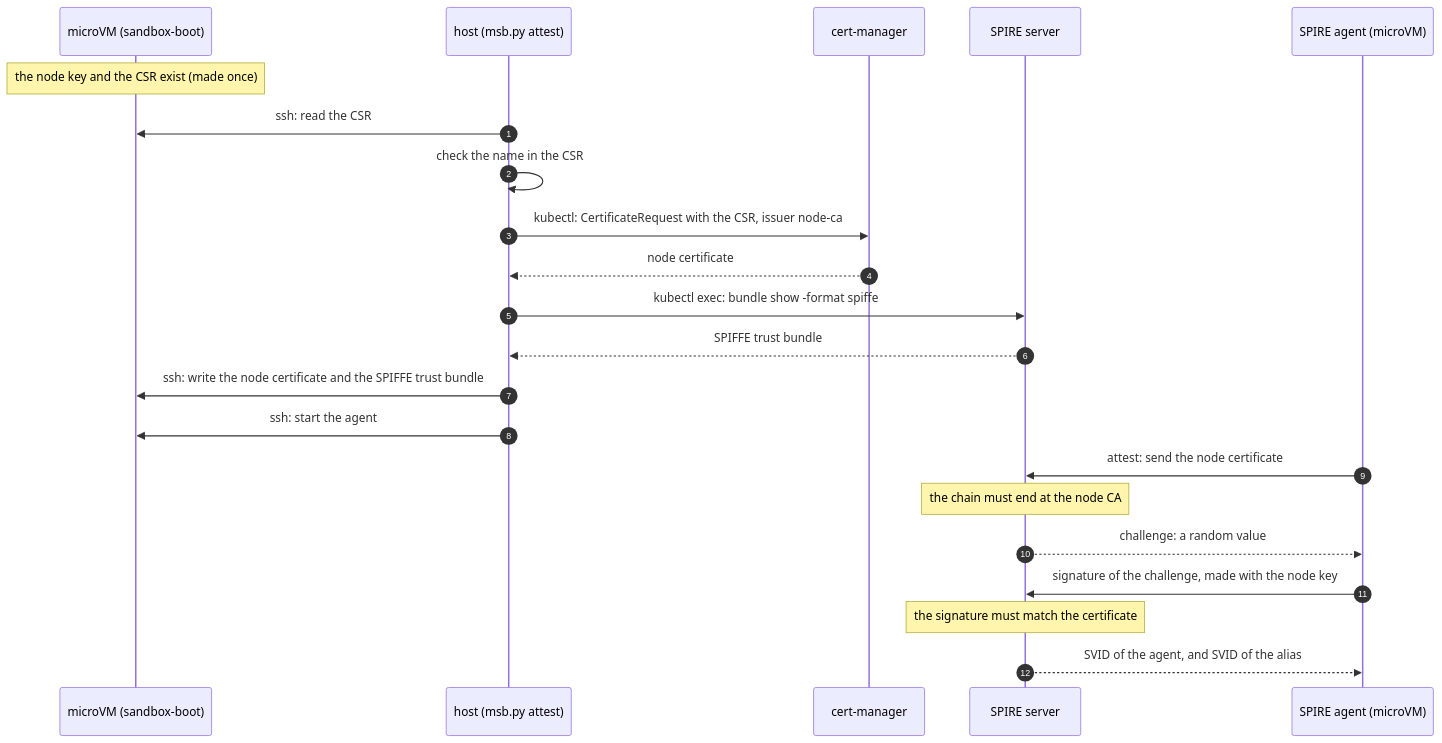
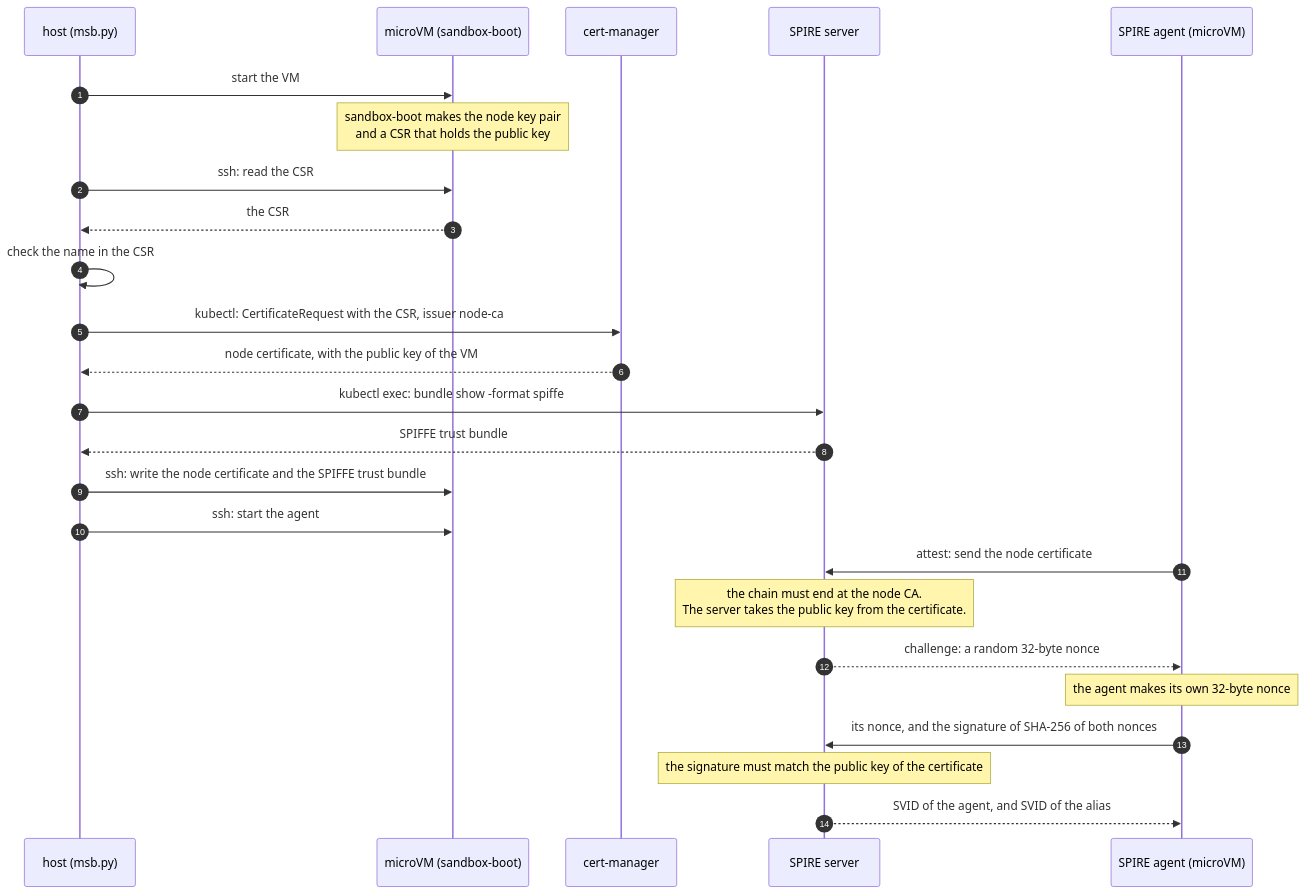
Before and after one commit to raghav19/engineersdaybook: the second of 3 diagrams in code/mcp-sandbox/part-3-mcp-guardrails/docs/zero-trust-node-attestation.md, drawn with Mermaid. The commit also changed other lines of this file and 6 other files, not shown here.

First line of the commit message:
docs: show the boot order and the two nonces in the x509pop flow

````diff
--- a/code/mcp-sandbox/part-3-mcp-guardrails/docs/zero-trust-node-attestation.md
+++ b/code/mcp-sandbox/part-3-mcp-guardrails/docs/zero-trust-node-attestation.md
@@ -78,25 +79,28 @@
 ```mermaid
 sequenceDiagram
     autonumber
+    participant H as host (msb.py)
     participant M as microVM (sandbox-boot)
-    participant H as host (msb.py attest)
     participant K as cert-manager
     participant S as SPIRE server
     participant A as SPIRE agent (microVM)
 
-    Note over M: the node key and the CSR exist (made once)
+    H->>M: start the VM
+    Note over M: sandbox-boot makes the node key pair<br/>and a CSR that holds the public key
     H->>M: ssh: read the CSR
+    M-->>H: the CSR
     H->>H: check the name in the CSR
     H->>K: kubectl: CertificateRequest with the CSR, issuer node-ca
-    K-->>H: node certificate
+    K-->>H: node certificate, with the public key of the VM
     H->>S: kubectl exec: bundle show -format spiffe
     S-->>H: SPIFFE trust bundle
     H->>M: ssh: write the node certificate and the SPIFFE trust bundle
     H->>M: ssh: start the agent
     A->>S: attest: send the node certificate
-    Note over S: the chain must end at the node CA
-    S-->>A: challenge: a random value
-    A->>S: signature of the challenge, made with the node key
-    Note over S: the signature must match the certificate
+    Note over S: the chain must end at the node CA.<br/>The server takes the public key from the certificate.
+    S-->>A: challenge: a random 32-byte nonce
+    Note over A: the agent makes its own 32-byte nonce
+    A->>S: its nonce, and the signature of SHA-256 of both nonces
+    Note over S: the signature must match the public key of the certificate
     S-->>A: SVID of the agent, and SVID of the alias
 ```
````
